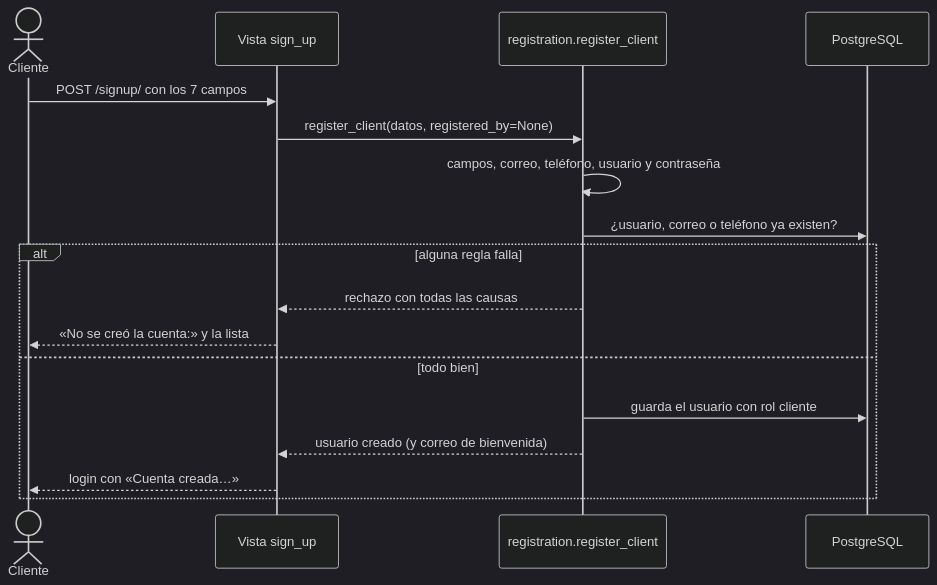
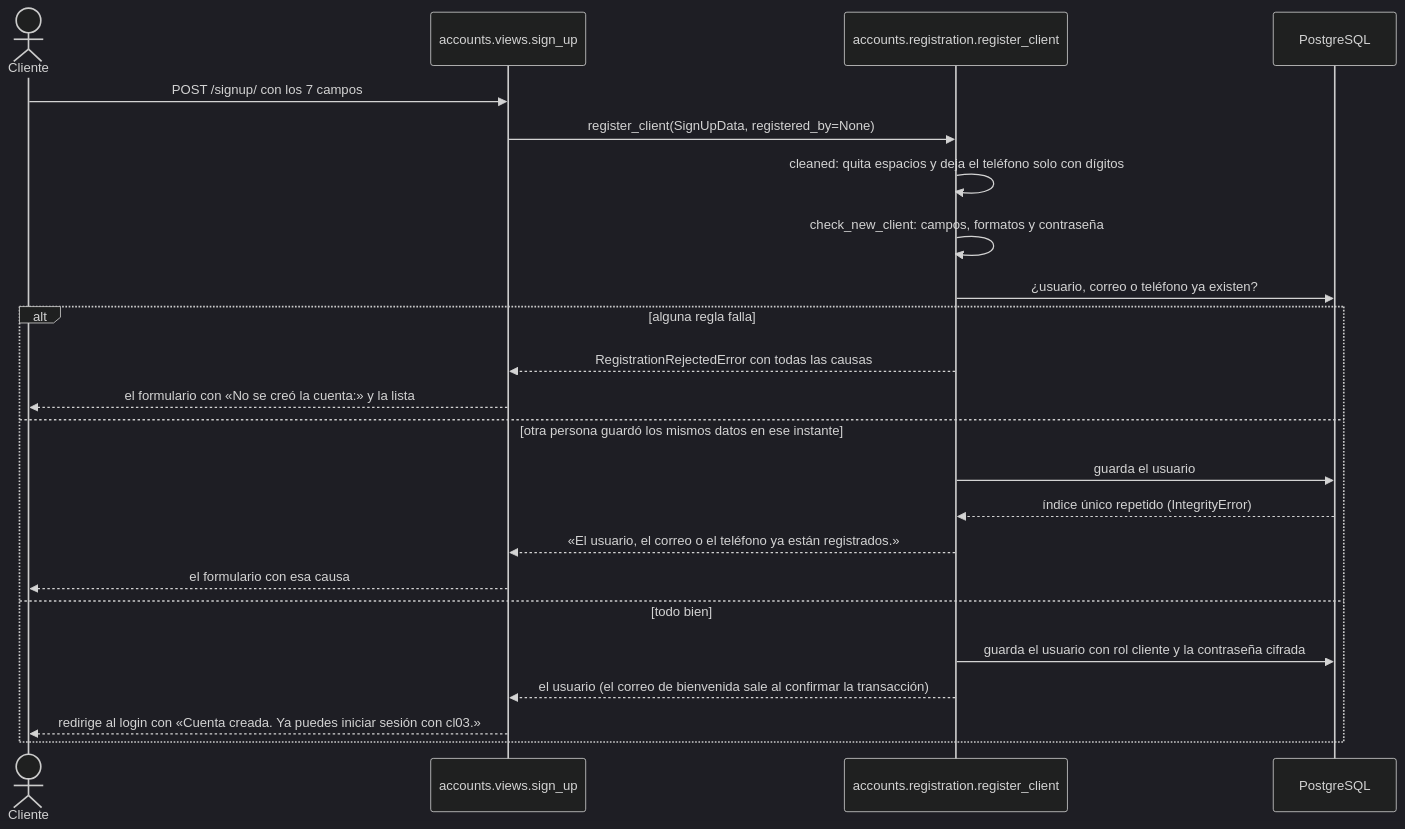
The second of 17 diagrams in docs/casos-de-uso.md (peterteranb/astra-rent-system), drawn with Mermaid (dark theme) before and after one commit. The commit also changed other lines of this file and 12 other files, not shown here.

Commit message:
docs: final docs index, decisions and checked sequence diagrams

````diff
--- a/docs/casos-de-uso.md
+++ b/docs/casos-de-uso.md
@@ -142,19 +144,25 @@
 ```mermaid
 sequenceDiagram
     actor C as Cliente
-    participant V as Vista sign_up
-    participant U as registration.register_client
+    participant V as accounts.views.sign_up
+    participant U as accounts.registration.register_client
     participant BD as PostgreSQL
     C->>V: POST /signup/ con los 7 campos
-    V->>U: register_client(datos, registered_by=None)
-    U->>U: campos, correo, teléfono, usuario y contraseña
+    V->>U: register_client(SignUpData, registered_by=None)
+    U->>U: cleaned: quita espacios y deja el teléfono solo con dígitos
+    U->>U: check_new_client: campos, formatos y contraseña
     U->>BD: ¿usuario, correo o teléfono ya existen?
     alt alguna regla falla
-        U-->>V: rechazo con todas las causas
-        V-->>C: «No se creó la cuenta:» y la lista
+        U-->>V: RegistrationRejectedError con todas las causas
+        V-->>C: el formulario con «No se creó la cuenta:» y la lista
+    else otra persona guardó los mismos datos en ese instante
+        U->>BD: guarda el usuario
+        BD-->>U: índice único repetido (IntegrityError)
+        U-->>V: «El usuario, el correo o el teléfono ya están registrados.»
+        V-->>C: el formulario con esa causa
     else todo bien
-        U->>BD: guarda el usuario con rol cliente
-        U-->>V: usuario creado (y correo de bienvenida)
-        V-->>C: login con «Cuenta creada…»
+        U->>BD: guarda el usuario con rol cliente y la contraseña cifrada
+        U-->>V: el usuario (el correo de bienvenida sale al confirmar la transacción)
+        V-->>C: redirige al login con «Cuenta creada. Ya puedes iniciar sesión con cl03.»
     end
 ```
````
